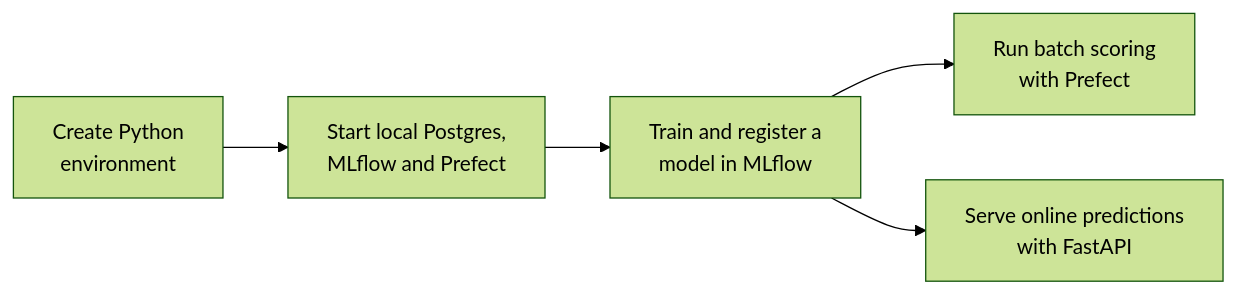
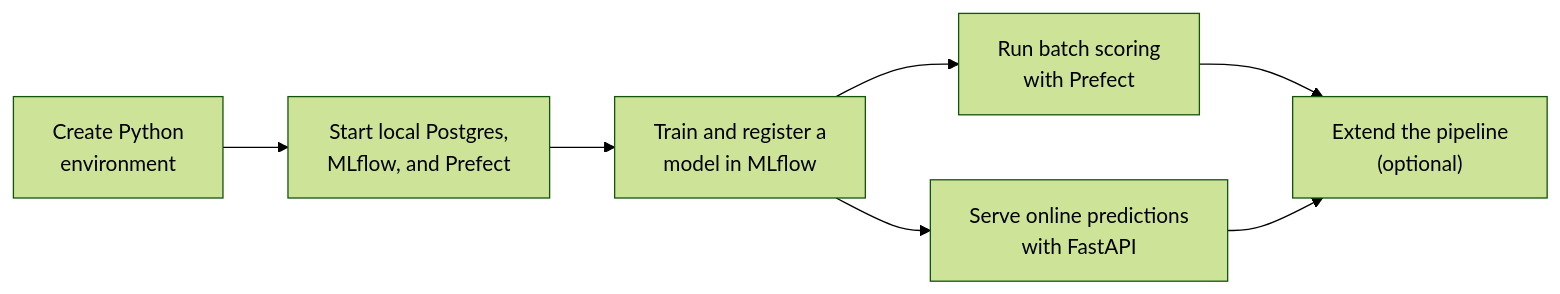
The diagram in README.md (bootcampyoussef/mle-batch-and-streaming-predictions), drawn with Mermaid (forest theme) before and after one commit. The commit also changed other lines of this file and 2 other files, not shown here.

````diff
--- a/README.md
+++ b/README.md
@@ -34,7 +20,9 @@
 ```mermaid
 flowchart LR
-    A["Create Python<br>environment"] --> B["Start local Postgres,<br>MLflow and Prefect"]
+    A["Create Python<br>environment"] --> B["Start local Postgres,<br>MLflow, and Prefect"]
     B --> C["Train and register a<br>model in MLflow"]
     C --> D["Run batch scoring<br>with Prefect"]
     C --> E["Serve online predictions<br>with FastAPI"]
+    D --> F["Extend the pipeline<br>(optional)"]
+    E --> F
 ```
````
